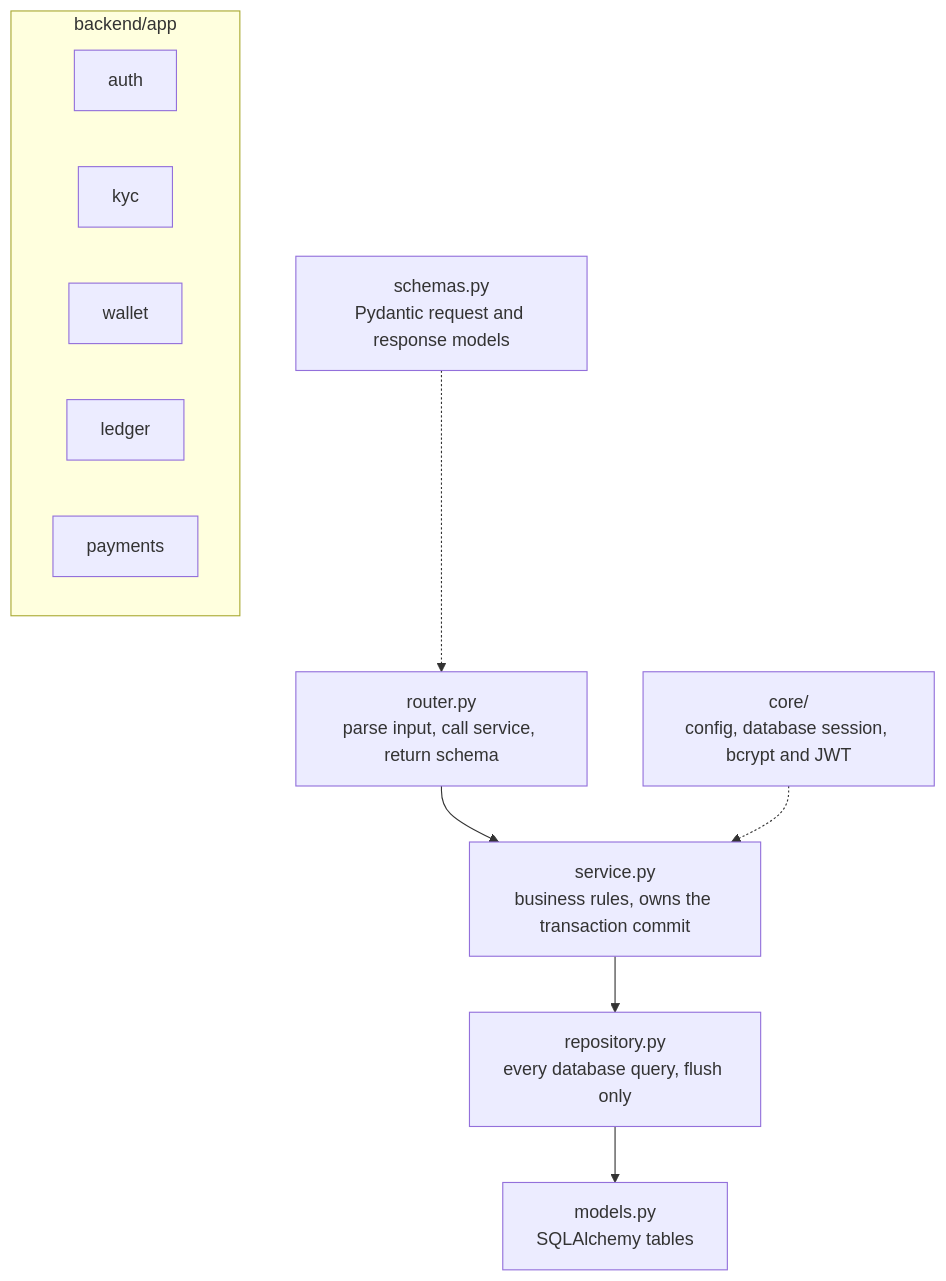
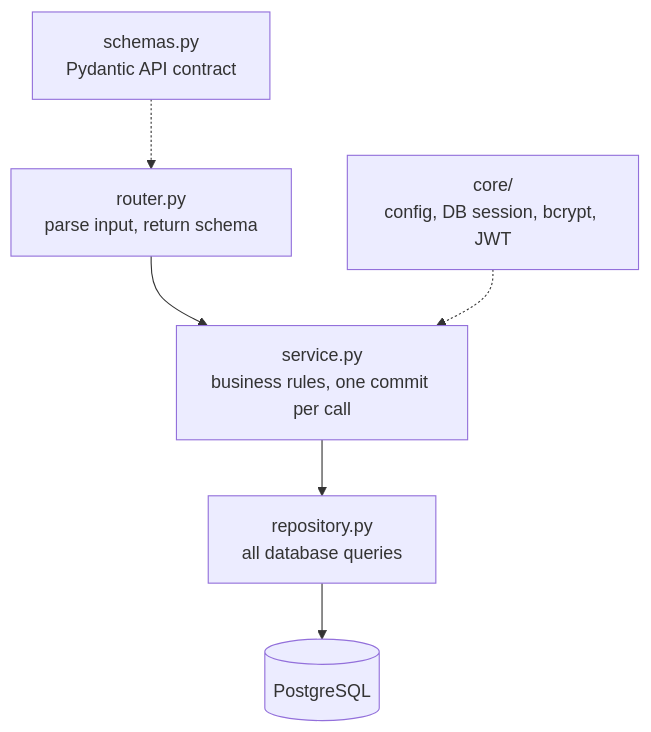
One commit to SanchitSlayer/digital-wallet-ekyc changed the second of 4 diagrams in README.md. Above: the diagram before and after it, drawn with Mermaid. The commit also changed other lines of this file, not shown here.

Commit message:
Make README architecture diagrams readable at GitHub width

````diff
--- a/README.md
+++ b/README.md
@@ -87,17 +87,13 @@
 ```mermaid
 flowchart TB
-    subgraph Domains["backend/app"]
-        direction LR
-        auth["auth"]
-        kyc["kyc"]
-        wallet["wallet"]
-        ledger["ledger"]
-        payments["payments"]
-    end
+    Router["router.py<br/>parse input, return schema"]
+    Service["service.py<br/>business rules, one commit per call"]
+    Repository["repository.py<br/>all database queries"]
+    DB[("PostgreSQL")]
+    Schemas["schemas.py<br/>Pydantic API contract"]
+    Core["core/<br/>config, DB session, bcrypt, JWT"]
 
-    Router["router.py<br/>parse input, call service, return schema"] --> Service["service.py<br/>business rules, owns the transaction commit"]
-    Service --> Repository["repository.py<br/>every database query, flush only"]
-    Repository --> Models["models.py<br/>SQLAlchemy tables"]
-    Schemas["schemas.py<br/>Pydantic request and response models"] -.-> Router
-    Core["core/<br/>config, database session, bcrypt and JWT"] -.-> Service
+    Router --> Service --> Repository --> DB
+    Schemas -.-> Router
+    Core -.-> Service
 ```
````
